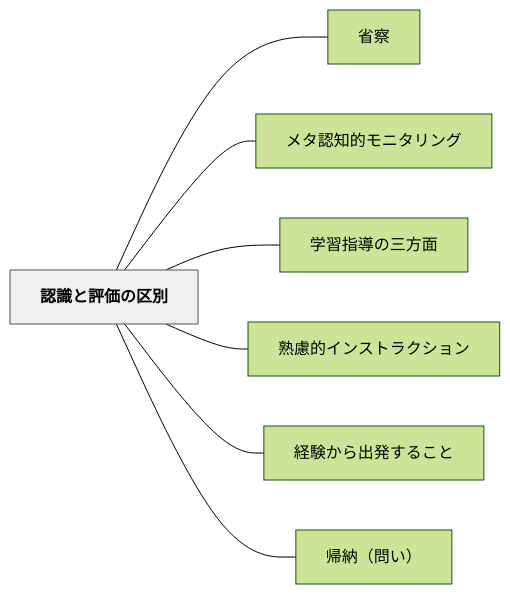
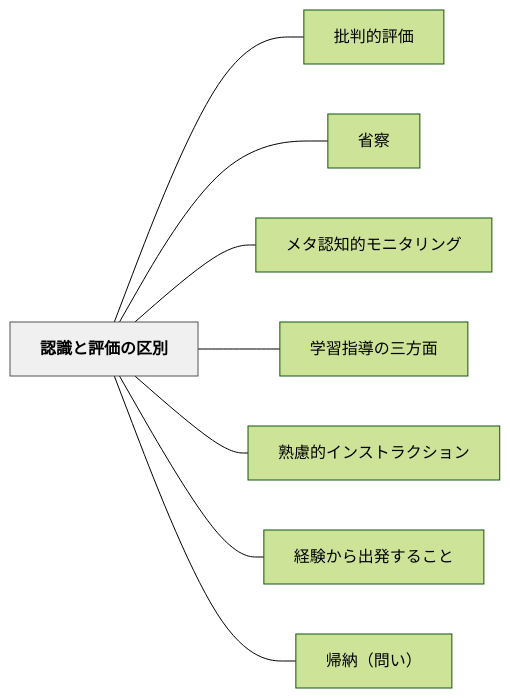
Before and after one commit to unknownthings-ed-patterns/unknownthings-ed-patterns: the diagram in content/パタン/認識と評価の区別.md, drawn with Mermaid (forest theme). The commit also changed other lines of this file and 47 other files, not shown here.

````diff
--- a/content/パタン/認識と評価の区別.md
+++ b/content/パタン/認識と評価の区別.md
@@ -110,20 +111,22 @@
 ```mermaid
 flowchart LR
     ne8aa8de8ad98e381a8e8a995e4bea1e381aee58cbae588a5["認識と評価の区別"]
+    ne689b9e588a4e79a84e8a995e4bea1["批判的評価"]
     ne79c81e5af9f["省察"]
     ne383a1e382bfe8aa8de79fa5e79a84e383a2e3838be382bfe383aae383b3e382b0["メタ認知的モニタリング"]
     ne5ada6e7bf92e68c87e5b08ee381aee4b889e696b9e99da2["学習指導の三方面"]
     ne7869fe685aee79a84e382a4e383b3e382b9e38388e383a9e382afe382b7e383a7e383b3["熟慮的インストラクション"]
     ne7b58ce9a893e3818be38289e587bae799bae38199e3828be38193e381a8["経験から出発すること"]
     ne5b8b0e7b48defbc88e5958fe38184efbc89["帰納（問い）"]
 
+    ne8aa8de8ad98e381a8e8a995e4bea1e381aee58cbae588a5 --- ne689b9e588a4e79a84e8a995e4bea1
     ne8aa8de8ad98e381a8e8a995e4bea1e381aee58cbae588a5 --- ne79c81e5af9f
     ne8aa8de8ad98e381a8e8a995e4bea1e381aee58cbae588a5 --- ne383a1e382bfe8aa8de79fa5e79a84e383a2e3838be382bfe383aae383b3e382b0
     ne8aa8de8ad98e381a8e8a995e4bea1e381aee58cbae588a5 --- ne5ada6e7bf92e68c87e5b08ee381aee4b889e696b9e99da2
     ne8aa8de8ad98e381a8e8a995e4bea1e381aee58cbae588a5 --- ne7869fe685aee79a84e382a4e383b3e382b9e38388e383a9e382afe382b7e383a7e383b3
     ne8aa8de8ad98e381a8e8a995e4bea1e381aee58cbae588a5 --- ne7b58ce9a893e3818be38289e587bae799bae38199e3828be38193e381a8
     ne8aa8de8ad98e381a8e8a995e4bea1e381aee58cbae588a5 --- ne5b8b0e7b48defbc88e5958fe38184efbc89
 
     classDef hub fill:#f0f0f0,stroke:#555,color:#000,font-weight:bold
     class ne8aa8de8ad98e381a8e8a995e4bea1e381aee58cbae588a5 hub
 ```
````
